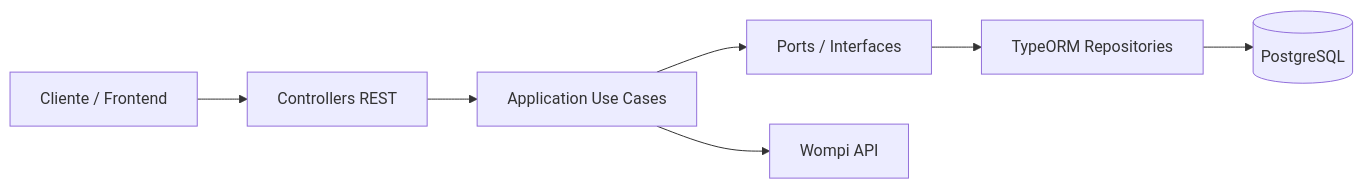
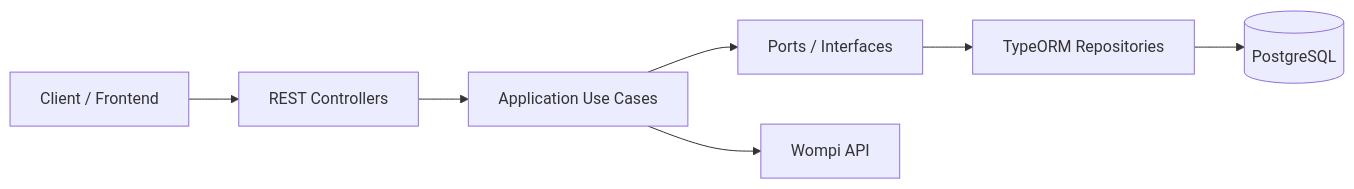
Before and after one commit to jdvalencir/coffee-shop-ecommerce-backend: the second of 2 diagrams in README.md, drawn with Mermaid. The commit also changed other lines of this file, not shown here.

````diff
--- a/README.md
+++ b/README.md
@@ -154,17 +154,17 @@
 ```mermaid
 flowchart LR
-    Client[Cliente / Frontend]
-    Controllers[Controllers REST]
+    Client[Client / Frontend]
+    Controllers[REST Controllers]
     UseCases[Application Use Cases]
     Ports[Ports / Interfaces]
     Repos[TypeORM Repositories]
     DB[(PostgreSQL)]
     Wompi[Wompi API]
 
     Client --> Controllers
     Controllers --> UseCases
     UseCases --> Ports
     Ports --> Repos
     Repos --> DB
     UseCases --> Wompi
 ```
````
